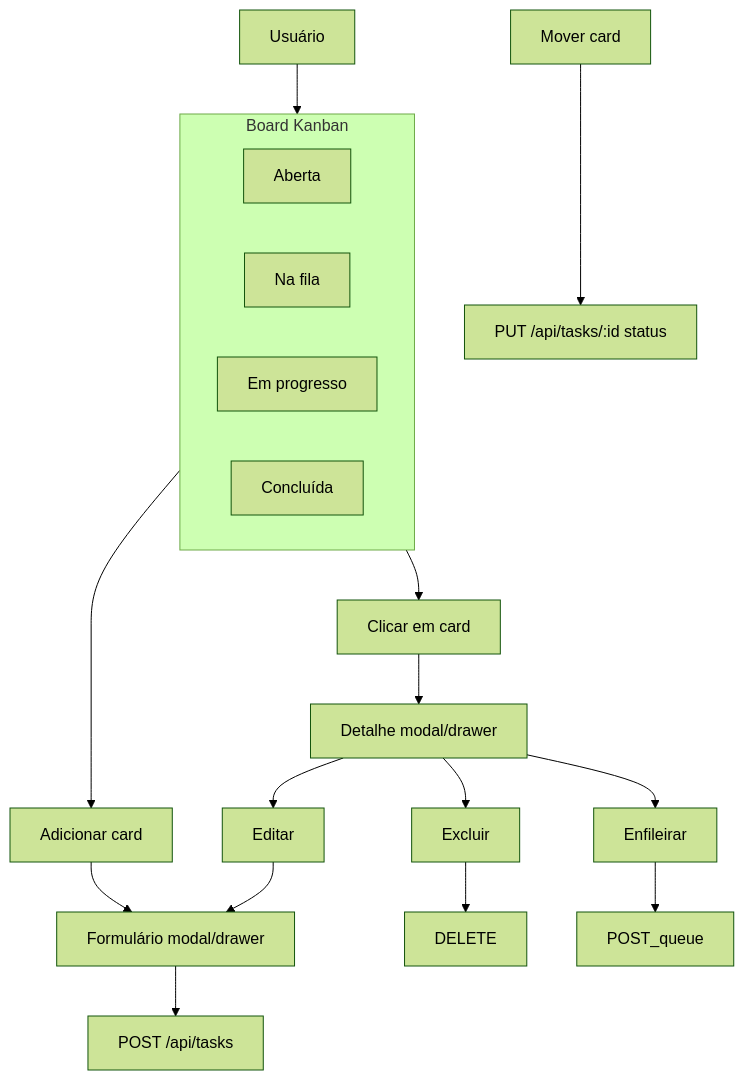
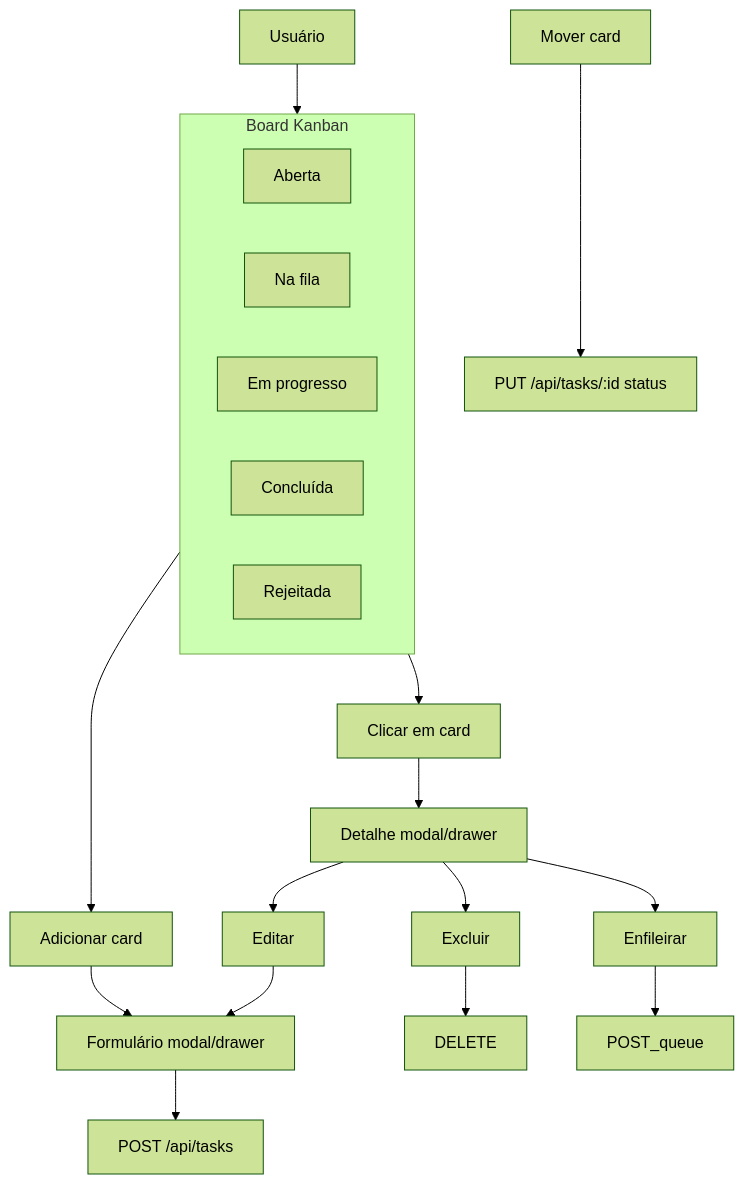
The diagram in docs/jornada-usuario-kanban.md (ZanettiLG/Autopoieser), drawn with Mermaid (forest theme) before and after one commit. The commit also changed other lines of this file and 12 other files, not shown here.

````diff
--- a/docs/jornada-usuario-kanban.md
+++ b/docs/jornada-usuario-kanban.md
@@ -39,19 +43,20 @@
 ```mermaid
 flowchart TB
   subgraph board [Board Kanban]
     Col1[Aberta]
     Col2[Na fila]
     Col3[Em progresso]
     Col4[Concluída]
+    Col5[Rejeitada]
   end
   User[Usuário] --> board
   board --> AddCard["Adicionar card"]
   board --> ClickCard["Clicar em card"]
   AddCard --> FormOverlay[Formulário modal/drawer]
   FormOverlay --> POST[POST /api/tasks]
   ClickCard --> DetailOverlay[Detalhe modal/drawer]
   DetailOverlay --> Edit[Editar] --> FormOverlay
   DetailOverlay --> Delete[Excluir] --> DELETE
   DetailOverlay --> Queue[Enfileirar] --> POST_queue
   Drag[Mover card] --> PUT[PUT /api/tasks/:id status]
 ```
````
